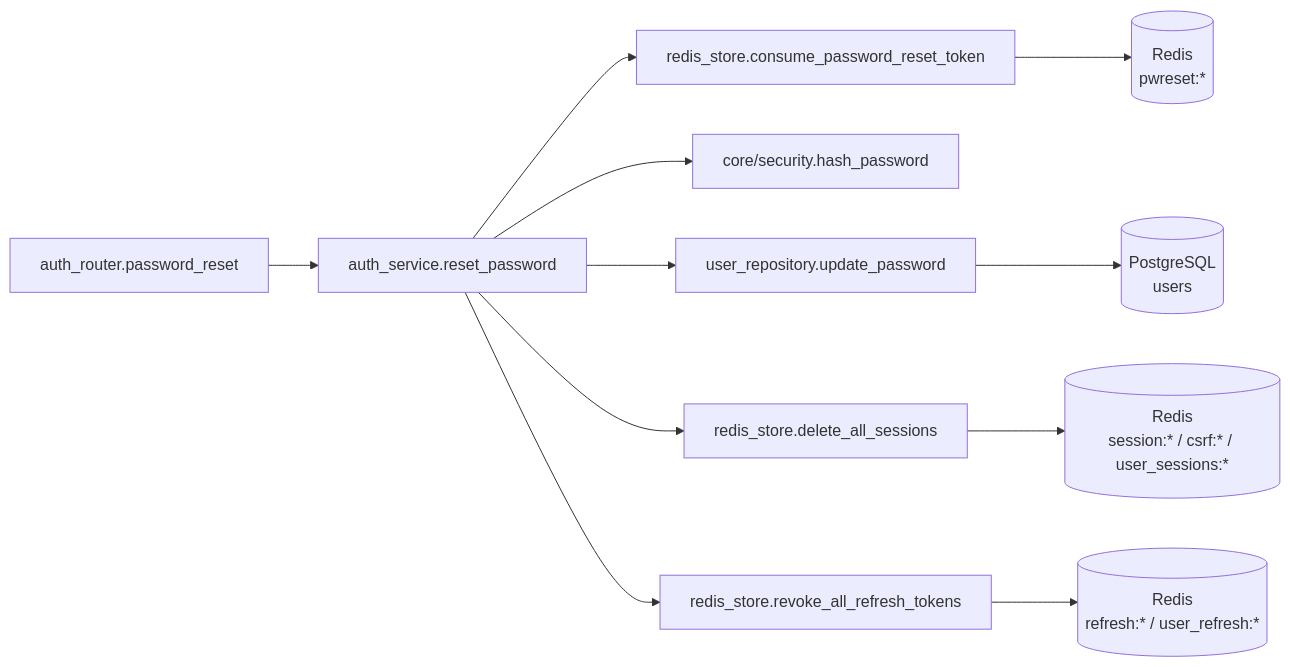
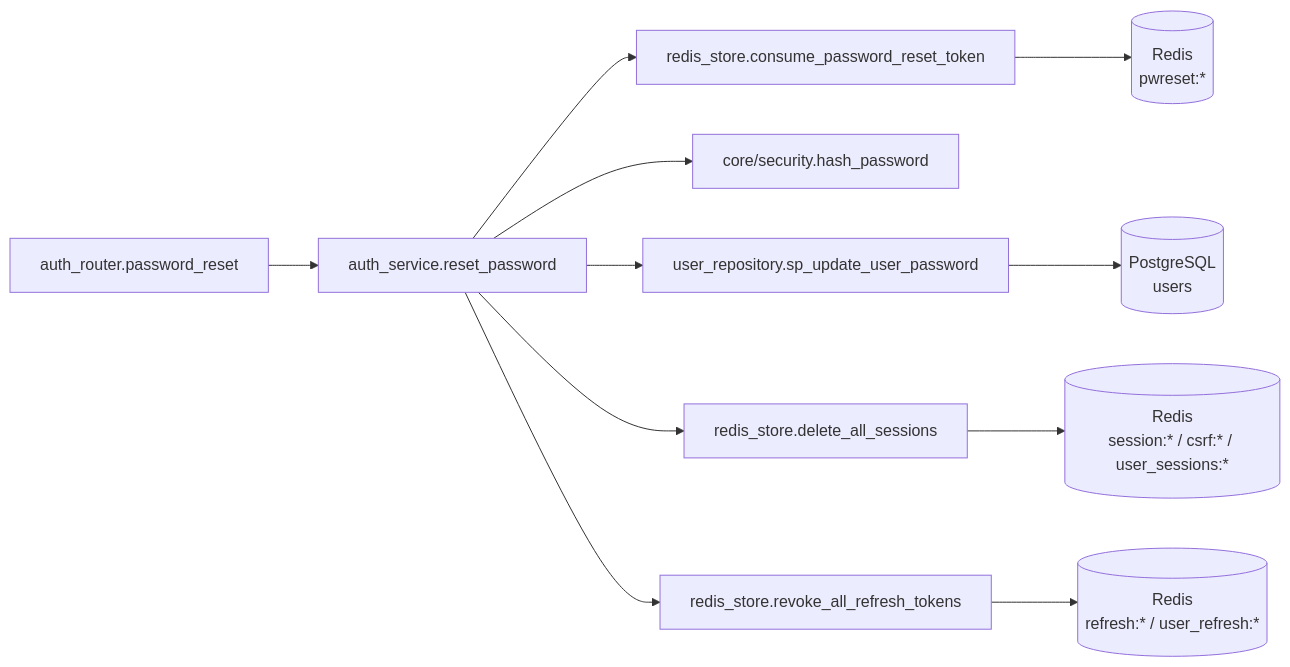
One commit to oikawa-d/task_management changed the third of 4 diagrams in detailed_design/api/auth/10_post_auth_password_reset.md. Above: the diagram before and after it, drawn with Mermaid. The commit also changed other lines of this file and 58 other files, not shown here.

````diff
--- a/detailed_design/api/auth/10_post_auth_password_reset.md
+++ b/detailed_design/api/auth/10_post_auth_password_reset.md
@@ -221,13 +221,13 @@
 ```mermaid
 flowchart LR
     R["auth_router.password_reset"] --> S["auth_service.reset_password"]
     S --> RD1["redis_store.consume_password_reset_token"]
     S --> SEC["core/security.hash_password"]
-    S --> UR["user_repository.update_password"]
+    S --> UR["user_repository.sp_update_user_password"]
     S --> RD2["redis_store.delete_all_sessions"]
     S --> RD3["redis_store.revoke_all_refresh_tokens"]
     RD1 --> REDIS1[("Redis<br/>pwreset:*")]
     UR --> PG[("PostgreSQL<br/>users")]
     RD2 --> REDIS2[("Redis<br/>session:* / csrf:* / user_sessions:*")]
     RD3 --> REDIS3[("Redis<br/>refresh:* / user_refresh:*")]
 ```
````
